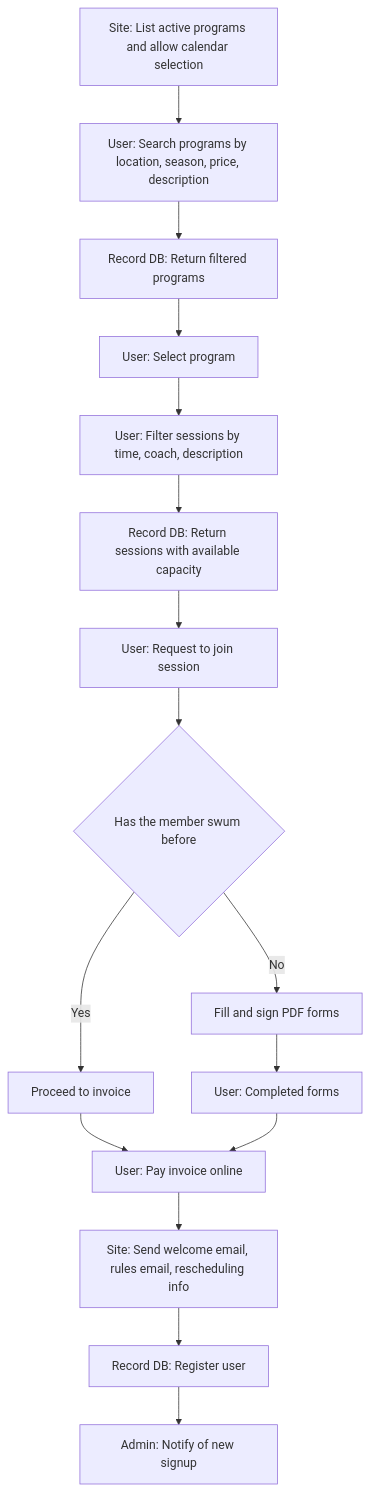
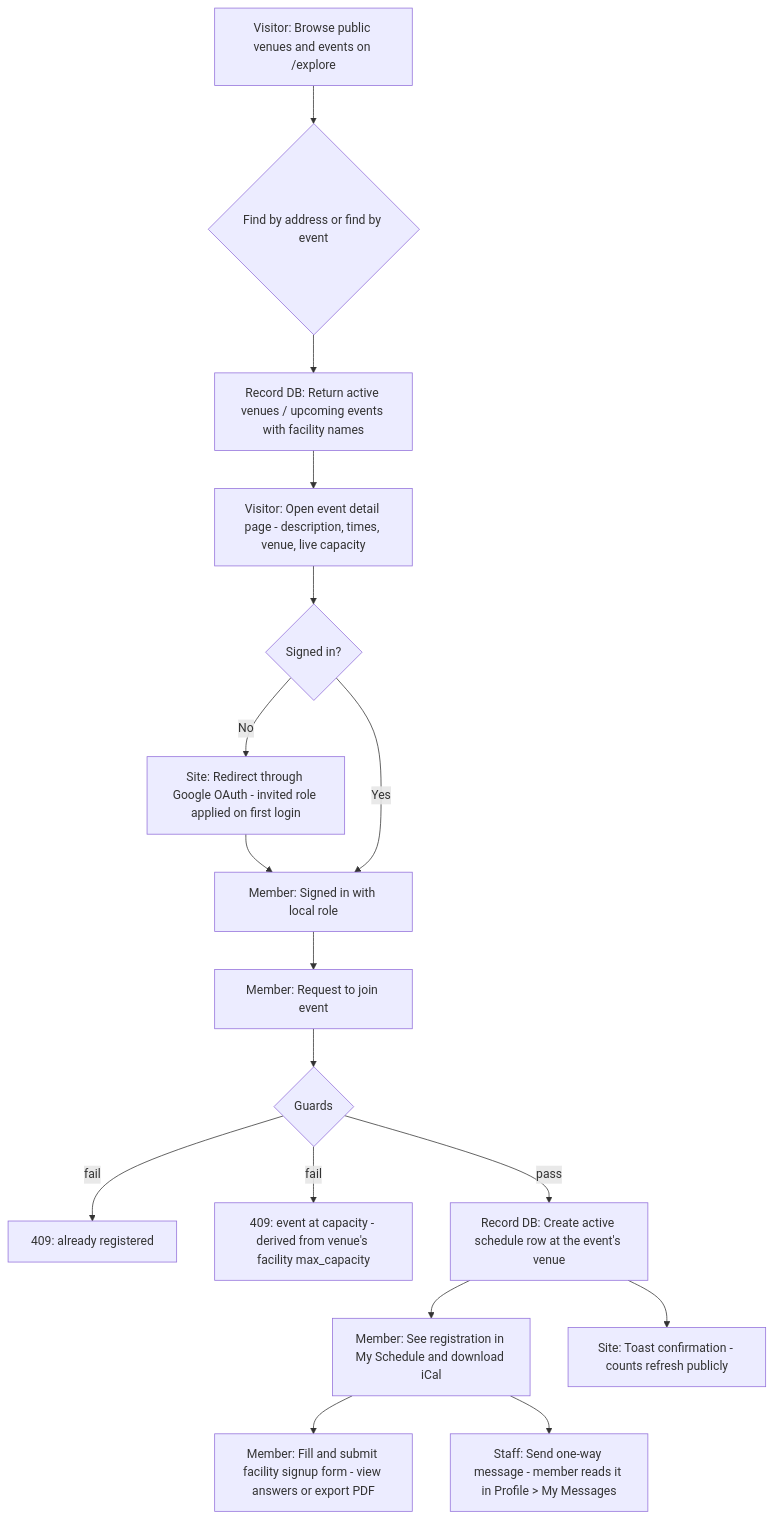
The diagram in docs/flow/new-signup.mmd (pbaletkeman/swimlane), drawn with Mermaid before and after one commit. The commit also changed 14 other files, not shown here.

```diff
--- a/docs/flow/new-signup.mmd
+++ b/docs/flow/new-signup.mmd
@@ -1,43 +1,42 @@
 flowchart TD
 
-    %% PROGRAM DISCOVERY
-    A[Site: List active programs and allow calendar selection]
-    B[User: Search programs by location, season, price, description]
-    C[Record DB: Return filtered programs]
-    D[User: Select program]
+    %% PUBLIC DISCOVERY (Phase A/B — no sign-in required)
+    A[Visitor: Browse public venues and events on /explore]
+    B{Find by address or find by event}
+    C[Record DB: Return active venues / upcoming events with facility names]
+    D[Visitor: Open event detail page - description, times, venue, live capacity]
 
     A --> B --> C --> D
 
-    %% SESSION FILTERING
-    E[User: Filter sessions by time, coach, description]
-    F[Record DB: Return sessions with available capacity]
+    %% SIGN-IN GATE (Google OAuth2 - first login auto-registers the member)
+    E{Signed in?}
+    F[Site: Redirect through Google OAuth - invited role applied on first login]
+    G[Member: Signed in with local role]
 
-    D --> E --> F
+    D --> E
+    E -->|No| F --> G
+    E -->|Yes| G
 
-    %% REGISTRATION FLOW
-    G[User: Request to join session]
-    H{Has the member swum before}
+    %% REGISTRATION FLOW (Phase C)
+    H[Member: Request to join event]
+    I{Guards}
+    J[409: already registered]
+    K[409: event at capacity - derived from venue's facility max_capacity]
 
-    F --> G --> H
+    G --> H --> I
+    I -->|pass| L[Record DB: Create active schedule row at the event's venue]
+    I -->|fail| J
+    I -->|fail| K
 
-    %% YES PATH
-    H -->|Yes| I[Proceed to invoice]
-
-    %% NO PATH
-    H -->|No| J[Fill and sign PDF forms]
-    J --> K[User: Completed forms]
-
-    %% MERGE
-    I --> L[User: Pay invoice online]
-    K --> L
-
-    %% FINAL OUTPUT
-    M[Site: Send welcome email, rules email, rescheduling info]
+    %% POST-SIGNUP SELF SERVICE (Phases C/D/E)
+    M[Member: See registration in My Schedule and download iCal]
+    N[Member: Fill and submit facility signup form - view answers or export PDF]
+    O[Staff: Send one-way message - member reads it in Profile > My Messages]
 
     L --> M
+    M --> N
+    M --> O
 
-    %% SYSTEM UPDATES
-    N[Record DB: Register user]
-    O[Admin: Notify of new signup]
+    P[Site: Toast confirmation - counts refresh publicly]
 
-    M --> N --> O
+    L --> P
```
